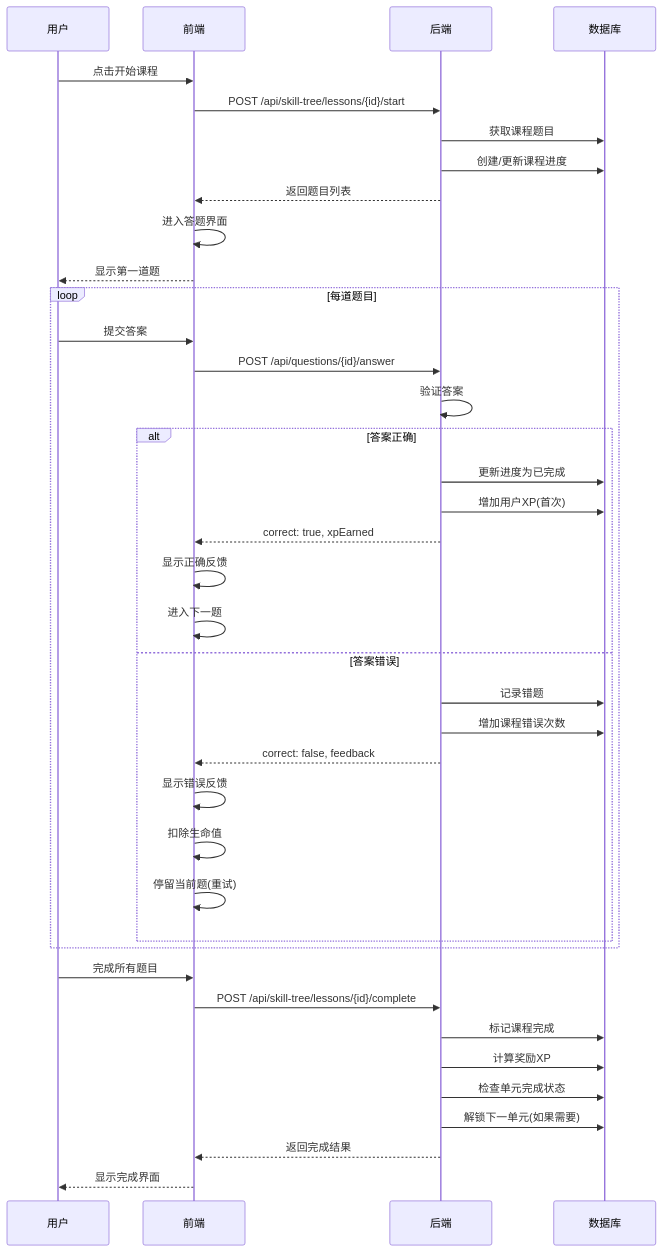
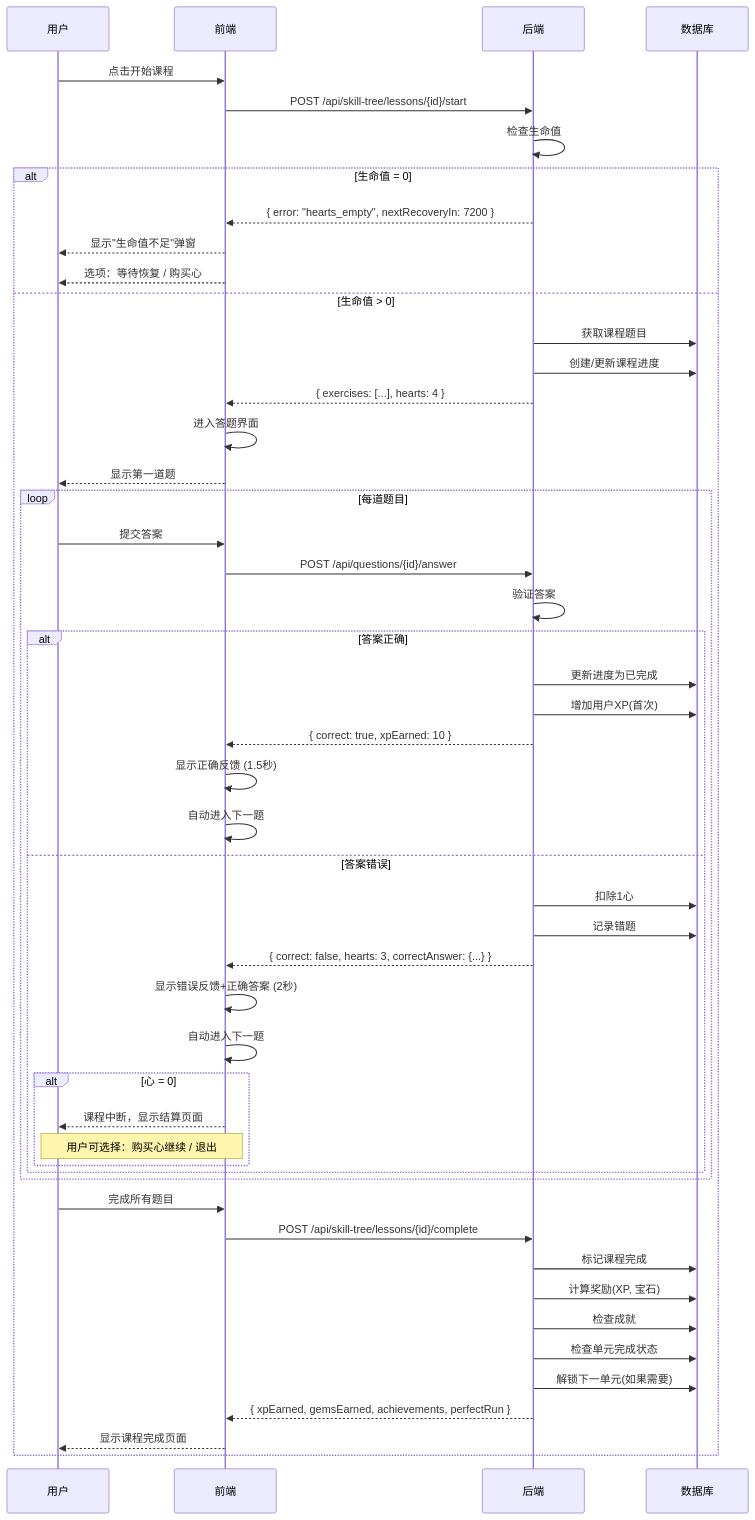
Before and after one commit to momo2029/noiquest: the second of 8 diagrams in docs/modules/skill-tree.md, drawn with Mermaid. The commit also changed other lines of this file and 4 other files, not shown here.

````diff
--- a/docs/modules/skill-tree.md
+++ b/docs/modules/skill-tree.md
@@ -52,45 +151,58 @@
 ```mermaid
 sequenceDiagram
     participant U as 用户
     participant F as 前端
     participant B as 后端
     participant D as 数据库
 
     U->>F: 点击开始课程
     F->>B: POST /api/skill-tree/lessons/{id}/start
-    B->>D: 获取课程题目
-    B->>D: 创建/更新课程进度
-    B-->>F: 返回题目列表
-    F->>F: 进入答题界面
-    F-->>U: 显示第一道题
+    B->>B: 检查生命值
 
-    loop 每道题目
-        U->>F: 提交答案
-        F->>B: POST /api/questions/{id}/answer
-        B->>B: 验证答案
+    alt 生命值 = 0
+        B-->>F: { error: "hearts_empty", nextRecoveryIn: 7200 }
+        F-->>U: 显示"生命值不足"弹窗
+        F-->>U: 选项：等待恢复 / 购买心
+    else 生命值 > 0
+        B->>D: 获取课程题目
+        B->>D: 创建/更新课程进度
+        B-->>F: { exercises: [...], hearts: 4 }
+        F->>F: 进入答题界面
+        F-->>U: 显示第一道题
 
-        alt 答案正确
-            B->>D: 更新进度为已完成
-            B->>D: 增加用户XP(首次)
-            B-->>F: correct: true, xpEarned
-            F->>F: 显示正确反馈
-            F->>F: 进入下一题
-        else 答案错误
-            B->>D: 记录错题
-            B->>D: 增加课程错误次数
-            B-->>F: correct: false, feedback
-            F->>F: 显示错误反馈
-            F->>F: 扣除生命值
-            F->>F: 停留当前题(重试)
+        loop 每道题目
+            U->>F: 提交答案
+            F->>B: POST /api/questions/{id}/answer
+            B->>B: 验证答案
+
+            alt 答案正确
+                B->>D: 更新进度为已完成
+                B->>D: 增加用户XP(首次)
+                B-->>F: { correct: true, xpEarned: 10 }
+                F->>F: 显示正确反馈 (1.5秒)
+                F->>F: 自动进入下一题
+            else 答案错误
+                B->>D: 扣除1心
+                B->>D: 记录错题
+                B-->>F: { correct: false, hearts: 3, correctAnswer: {...} }
+                F->>F: 显示错误反馈+正确答案 (2秒)
+                F->>F: 自动进入下一题
+
+                alt 心 = 0
+                    F-->>U: 课程中断，显示结算页面
+                    Note over F,U: 用户可选择：购买心继续 / 退出
+                end
+            end
         end
+
+        U->>F: 完成所有题目
+        F->>B: POST /api/skill-tree/lessons/{id}/complete
+        B->>D: 标记课程完成
+        B->>D: 计算奖励(XP, 宝石)
+        B->>D: 检查成就
+        B->>D: 检查单元完成状态
+        B->>D: 解锁下一单元(如果需要)
+        B-->>F: { xpEarned, gemsEarned, achievements, perfectRun }
+        F-->>U: 显示课程完成页面
     end
-
-    U->>F: 完成所有题目
-    F->>B: POST /api/skill-tree/lessons/{id}/complete
-    B->>D: 标记课程完成
-    B->>D: 计算奖励XP
-    B->>D: 检查单元完成状态
-    B->>D: 解锁下一单元(如果需要)
-    B-->>F: 返回完成结果
-    F-->>U: 显示完成界面
 ```
````
